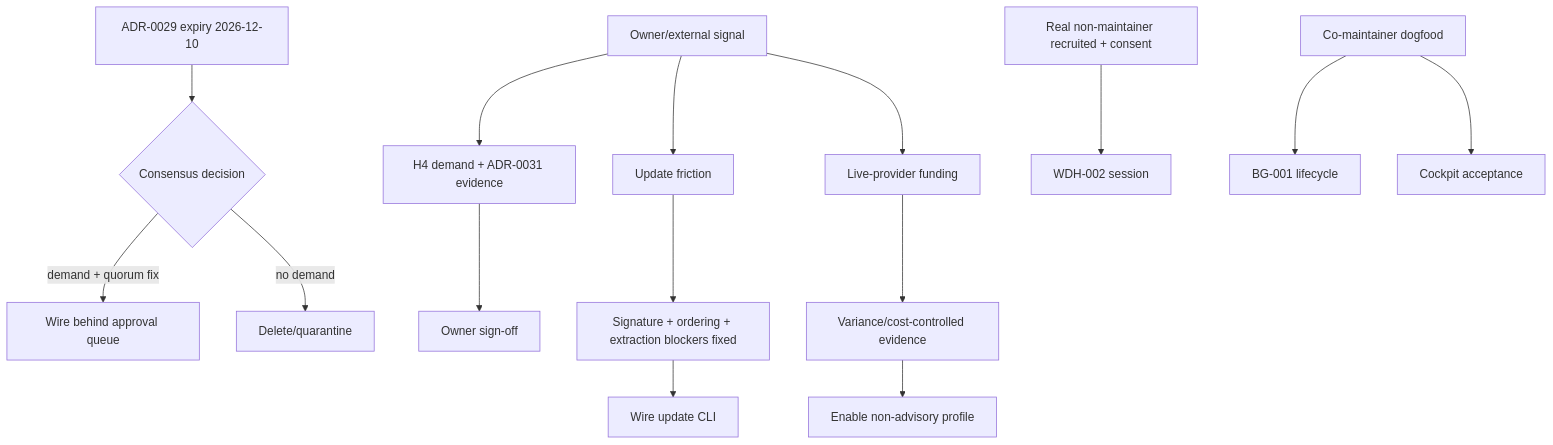
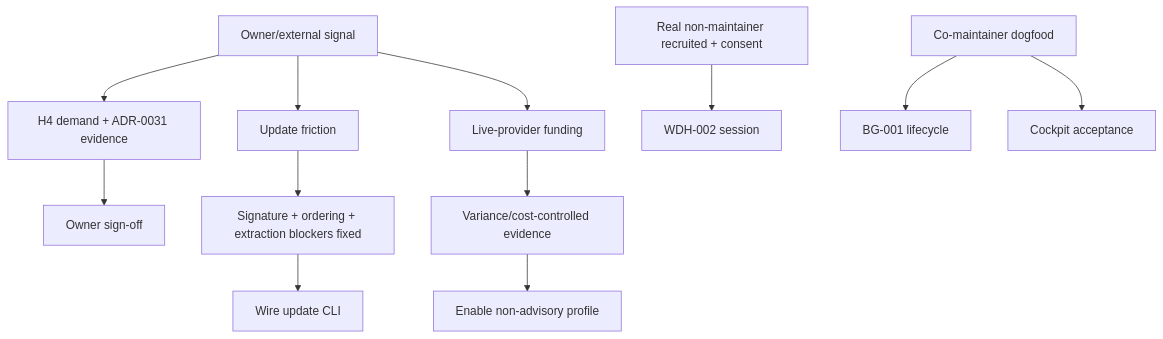
Before and after one commit to TeaEntityLab/teaAgent: the diagram in docs/specs/held-roadmap-forward-spec-index-2026-07-11.md, drawn with Mermaid. The commit also changed other lines of this file and 9 other files, not shown here.

First line of the commit message:
docs: add governed current roadmap execution plan

````diff
--- a/docs/specs/held-roadmap-forward-spec-index-2026-07-11.md
+++ b/docs/specs/held-roadmap-forward-spec-index-2026-07-11.md
@@ -185,17 +189,14 @@
 ```mermaid
 flowchart TD
     O[Owner/external signal] --> H4[H4 demand + ADR-0031 evidence]
     O --> UPD[Update friction]
     O --> EVAL[Live-provider funding]
     EXT[Real non-maintainer recruited + consent] --> PILOT[WDH-002 session]
     DOG[Co-maintainer dogfood] --> BG[BG-001 lifecycle]
     DOG --> COC[Cockpit acceptance]
-    EXP[ADR-0029 expiry 2026-12-10] --> CD{Consensus decision}
-    CD -->|demand + quorum fix| CW[Wire behind approval queue]
-    CD -->|no demand| DEL[Delete/quarantine]
     H4 --> HR1[Owner sign-off]
     UPD --> TRUST[Signature + ordering + extraction blockers fixed]
     TRUST --> HR2[Wire update CLI]
     EVAL --> LIVE[Variance/cost-controlled evidence]
     LIVE --> HR3[Enable non-advisory profile]
 ```
````
